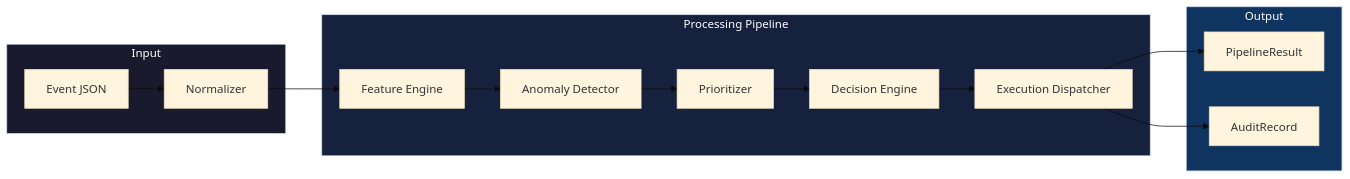
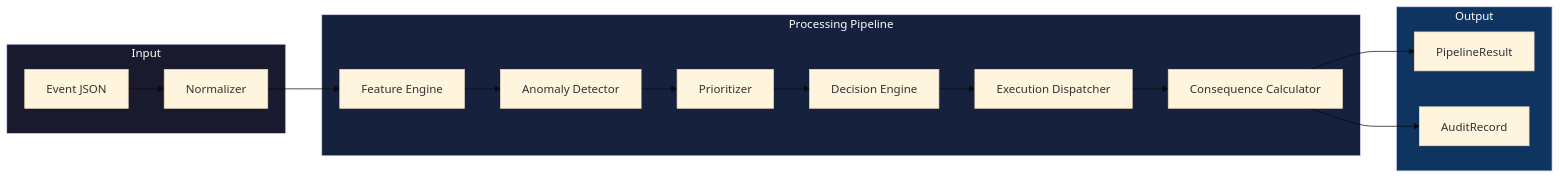
Before and after one commit to AngelP17/Astraea: the ninth of 21 diagrams in architecture.md, drawn with Mermaid (base theme). The commit also changed other lines of this file and 3 other files, not shown here.

First line of the commit message:
docs: sync mermaid diagrams and documentation with latest codebase state

````diff
--- a/architecture.md
+++ b/architecture.md
@@ -302,23 +322,24 @@
 ```mermaid
 flowchart LR
     subgraph INPUT["Input"]
         E1[Event JSON] --> N[Normalizer]
     end
 
     subgraph PROCESSING["Processing Pipeline"]
         N --> FE[Feature Engine]
         FE --> AD[Anomaly Detector]
         AD --> PE[Prioritizer]
         PE --> DE[Decision Engine]
         DE --> ED[Execution Dispatcher]
+        ED --> CC[Consequence Calculator]
     end
 
     subgraph OUTPUT["Output"]
-        ED --> P[PipelineResult]
-        ED --> A[AuditRecord]
+        CC --> P[PipelineResult]
+        CC --> A[AuditRecord]
     end
 
     style INPUT fill:#1a1a2e,color:#fff
     style PROCESSING fill:#16213e,color:#fff
     style OUTPUT fill:#0f3460,color:#fff
 ```
````
